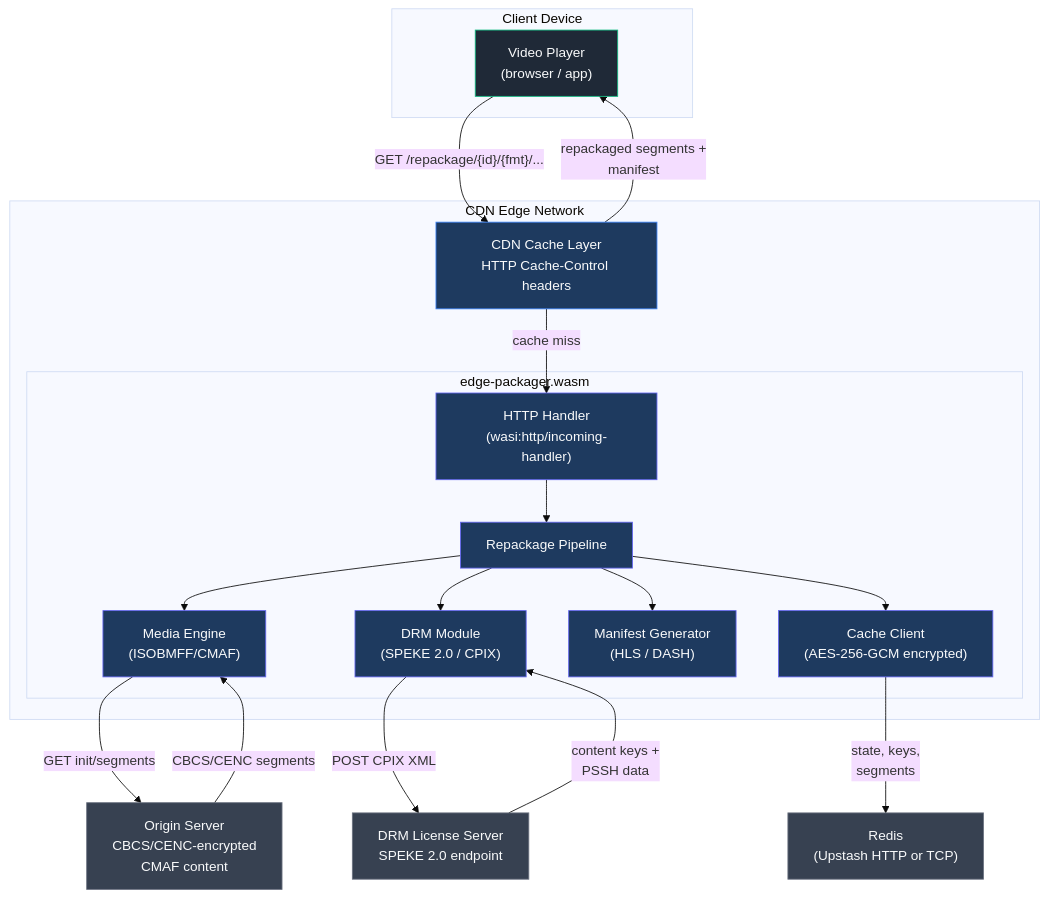
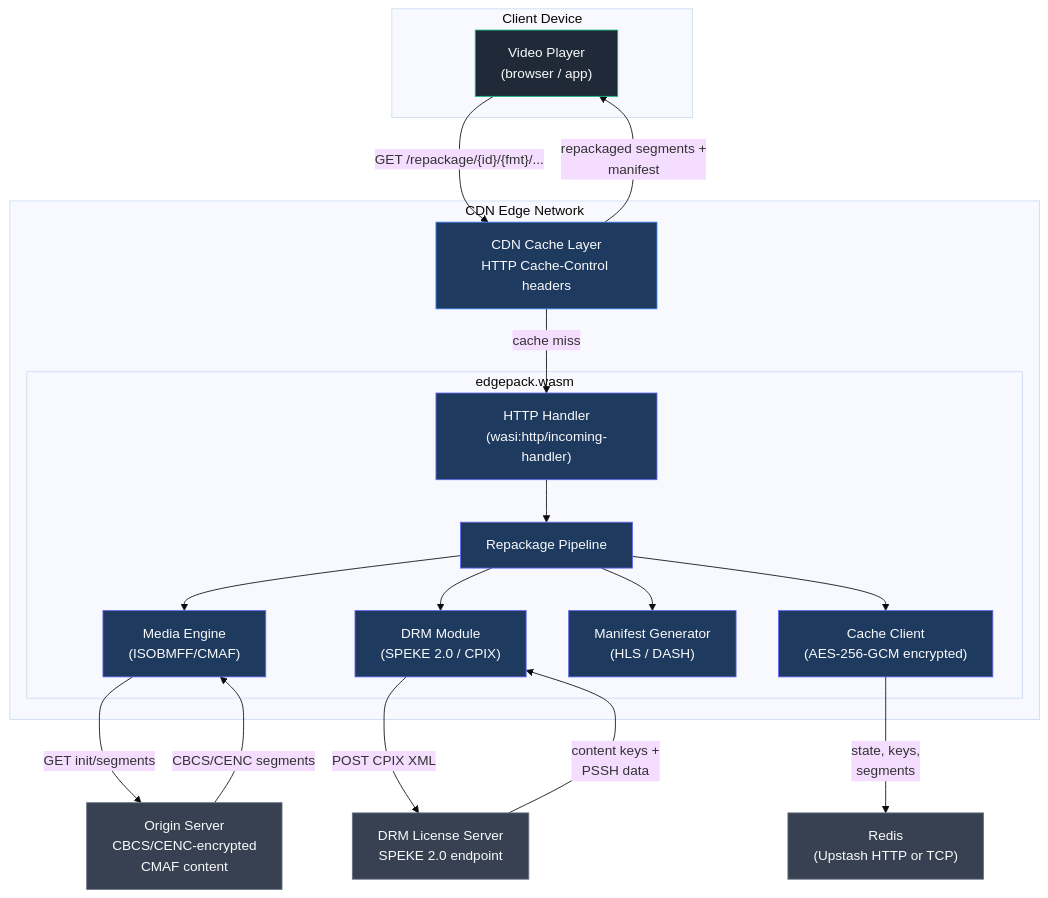
The first of 10 diagrams in docs/architecture.md (adrums86/edgepack), drawn with Mermaid (base theme) before and after one commit. The commit also changed other lines of this file and 32 other files, not shown here.

````diff
--- a/docs/architecture.md
+++ b/docs/architecture.md
@@ -11,46 +11,46 @@
 ```mermaid
 graph TB
     subgraph Client["Client Device"]
         Player["Video Player<br/>(browser / app)"]
     end
 
     subgraph CDN["CDN Edge Network"]
         Cache["CDN Cache Layer<br/>HTTP Cache-Control headers"]
-        subgraph WASM["edge-packager.wasm"]
+        subgraph WASM["edgepack.wasm"]
             Handler["HTTP Handler<br/>(wasi:http/incoming-handler)"]
             Pipeline["Repackage Pipeline"]
             MediaEngine["Media Engine<br/>(ISOBMFF/CMAF)"]
             DRM["DRM Module<br/>(SPEKE 2.0 / CPIX)"]
             ManifestGen["Manifest Generator<br/>(HLS / DASH)"]
             CacheMod["Cache Client<br/>(AES-256-GCM encrypted)"]
         end
     end
 
     Origin["Origin Server<br/>CBCS/CENC-encrypted<br/>CMAF content"]
     LicenseServer["DRM License Server<br/>SPEKE 2.0 endpoint"]
     Redis["Redis<br/>(Upstash HTTP or TCP)"]
 
     Player -- "GET /repackage/{id}/{fmt}/..." --> Cache
     Cache -- "cache miss" --> Handler
     Handler --> Pipeline
     Pipeline --> MediaEngine
     Pipeline --> DRM
     Pipeline --> ManifestGen
     Pipeline --> CacheMod
     CacheMod -- "state, keys,<br/>segments" --> Redis
     DRM -- "POST CPIX XML" --> LicenseServer
     LicenseServer -- "content keys +<br/>PSSH data" --> DRM
     MediaEngine -- "GET init/segments" --> Origin
     Origin -- "CBCS/CENC segments" --> MediaEngine
     Cache -- "repackaged segments +<br/>manifest" --> Player
 
     classDef external fill:#374151,stroke:#6B7280,color:#F9FAFB
     classDef cdn fill:#1E3A5F,stroke:#3B82F6,color:#F9FAFB
     classDef wasm fill:#1E3A5F,stroke:#6366F1,color:#F9FAFB
     classDef client fill:#1F2937,stroke:#10B981,color:#F9FAFB
 
     class Player client
     class Cache cdn
     class Handler,Pipeline,MediaEngine,DRM,ManifestGen,CacheMod wasm
     class Origin,LicenseServer,Redis external
 ```
````
